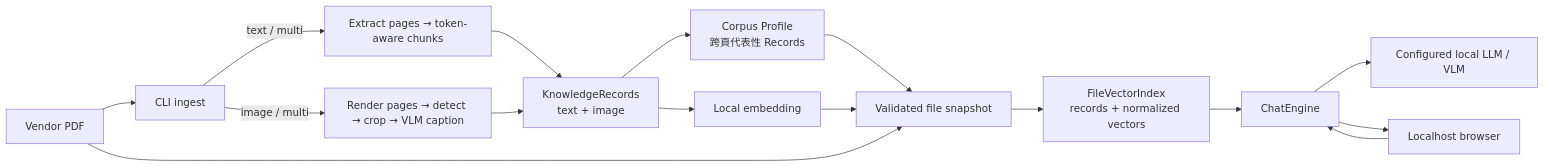
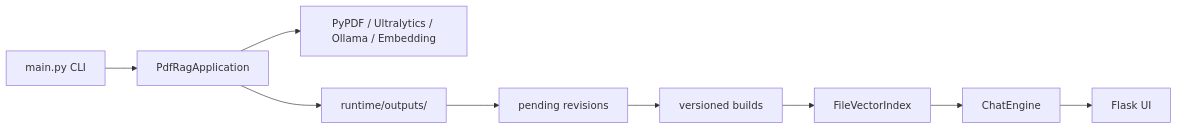
Before and after one commit to AnTricker/pdf2rag_itri: the diagram in docs/CURRENT_IMPLEMENTATION_DIAGRAMS.md, drawn with Mermaid. The commit also changed other lines of this file and 19 other files, not shown here.

Commit message:
update VLM caption mechanism, 811 diary

````diff
--- a/docs/CURRENT_IMPLEMENTATION_DIAGRAMS.md
+++ b/docs/CURRENT_IMPLEMENTATION_DIAGRAMS.md
@@ -7,22 +7,11 @@
-```mermaid
+~~~mermaid
 flowchart LR
-    PDF["Vendor PDF"] --> CLI["CLI ingest"]
-
-    CLI -->|text / multi| TEXT["Extract pages → token-aware chunks"]
-    CLI -->|image / multi| IMAGE["Render pages → detect → crop → VLM caption"]
-
-    TEXT --> RECORDS["KnowledgeRecords\ntext + image"]
-    IMAGE --> RECORDS
-    RECORDS --> PROFILE["Corpus Profile\n跨頁代表性 Records"]
-    RECORDS --> EMBED["Local embedding"]
-
-    PROFILE --> SNAPSHOT["Validated file snapshot"]
-    EMBED --> SNAPSHOT
-    PDF --> SNAPSHOT
-
-    SNAPSHOT --> INDEX["FileVectorIndex\nrecords + normalized vectors"]
+    CLI["main.py CLI"] --> APP["PdfRagApplication"]
+    APP --> ADAPTERS["PyPDF / Ultralytics / Ollama / Embedding"]
+    APP --> OUTPUT["runtime/outputs/<timestamp>"]
+    OUTPUT --> REVIEW["pending revisions"]
+    REVIEW --> BUILD["versioned builds"]
+    BUILD --> INDEX["FileVectorIndex"]
     INDEX --> CHAT["ChatEngine"]
-    BROWSER["Localhost browser"] --> CHAT
-    CHAT --> OLLAMA["Configured local LLM / VLM"]
-    CHAT --> BROWSER
-```
+    CHAT --> WEB["Flask UI"]
+~~~
````
